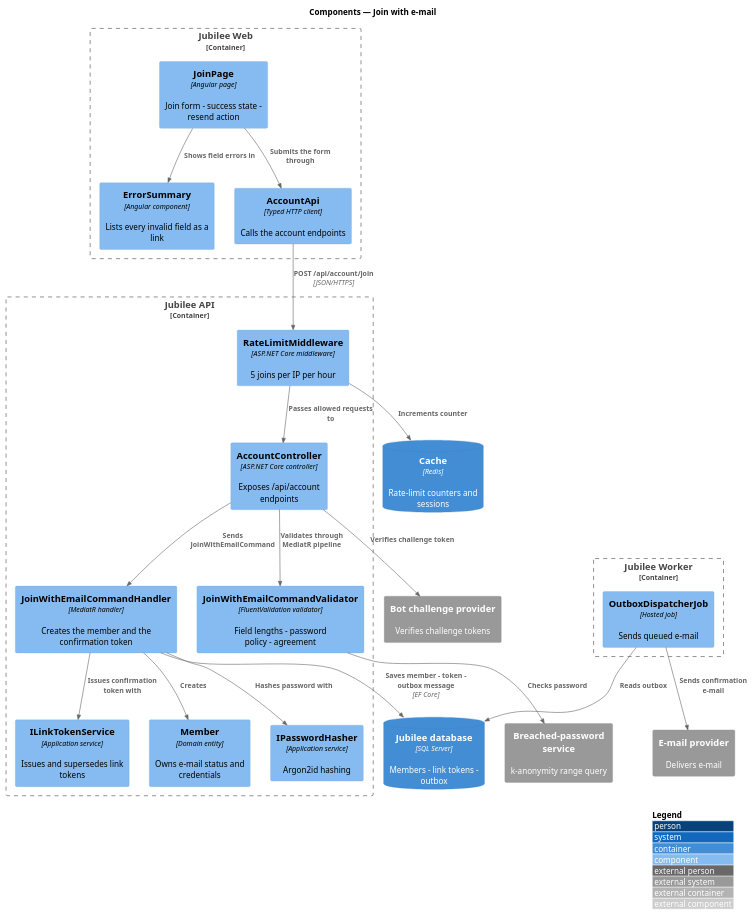
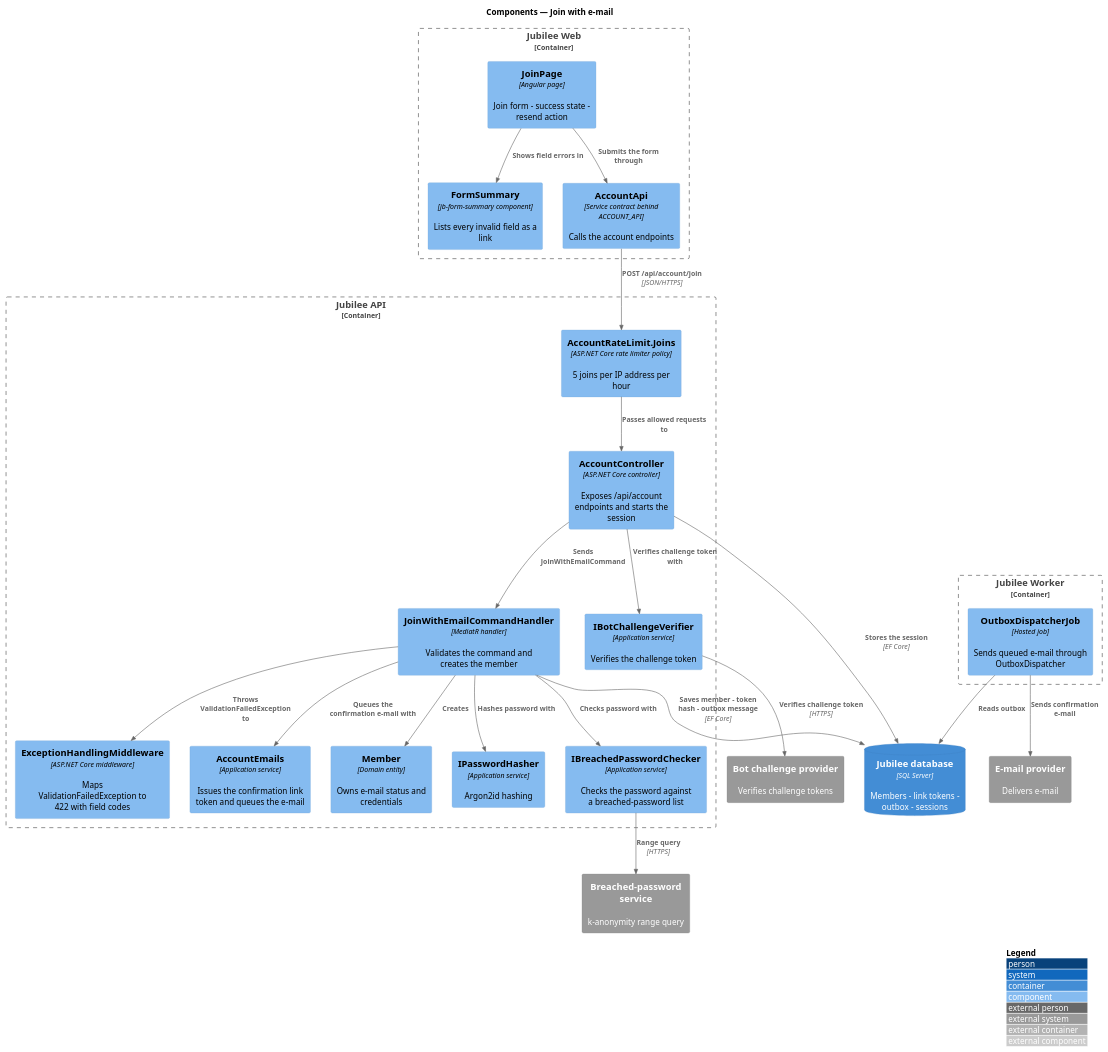
The diagram in docs/detailed-designs/accounts/join-with-email/diagrams/c4-component.puml (QuinntyneBrown/jubilee), drawn with PlantUML before and after one commit. The commit also changed 40 other files, not shown here.

First line of the commit message:
Bring the join, confirm e-mail and Google designs in line with the code

```diff
--- a/docs/detailed-designs/accounts/join-with-email/diagrams/c4-component.puml
+++ b/docs/detailed-designs/accounts/join-with-email/diagrams/c4-component.puml
@@ -1,44 +1,47 @@
 @startuml
 !include <C4/C4_Component>
 LAYOUT_WITH_LEGEND()
 title Components — Join with e-mail
 
 Container_Boundary(web, "Jubilee Web") {
   Component(page, "JoinPage", "Angular page", "Join form - success state - resend action")
-  Component(summary, "ErrorSummary", "Angular component", "Lists every invalid field as a link")
-  Component(client, "AccountApi", "Typed HTTP client", "Calls the account endpoints")
+  Component(summary, "FormSummary", "jb-form-summary component", "Lists every invalid field as a link")
+  Component(client, "AccountApi", "Service contract behind ACCOUNT_API", "Calls the account endpoints")
 }
 Container_Boundary(api, "Jubilee API") {
-  Component(limit, "RateLimitMiddleware", "ASP.NET Core middleware", "5 joins per IP per hour")
-  Component(ctrl, "AccountController", "ASP.NET Core controller", "Exposes /api/account endpoints")
-  Component(validator, "JoinWithEmailCommandValidator", "FluentValidation validator", "Field lengths - password policy - agreement")
-  Component(handler, "JoinWithEmailCommandHandler", "MediatR handler", "Creates the member and the confirmation token")
+  Component(limit, "AccountRateLimit.Joins", "ASP.NET Core rate limiter policy", "5 joins per IP address per hour")
+  Component(ctrl, "AccountController", "ASP.NET Core controller", "Exposes /api/account endpoints and starts the session")
+  Component(errors, "ExceptionHandlingMiddleware", "ASP.NET Core middleware", "Maps ValidationFailedException to 422 with field codes")
+  Component(botcheck, "IBotChallengeVerifier", "Application service", "Verifies the challenge token")
+  Component(handler, "JoinWithEmailCommandHandler", "MediatR handler", "Validates the command and creates the member")
+  Component(emails, "AccountEmails", "Application service", "Issues the confirmation link token and queues the e-mail")
   Component(member, "Member", "Domain entity", "Owns e-mail status and credentials")
   Component(hasher, "IPasswordHasher", "Application service", "Argon2id hashing")
-  Component(tokens, "ILinkTokenService", "Application service", "Issues and supersedes link tokens")
+  Component(breaches, "IBreachedPasswordChecker", "Application service", "Checks the password against a breached-password list")
 }
 Container_Boundary(worker, "Jubilee Worker") {
-  Component(job, "OutboxDispatcherJob", "Hosted job", "Sends queued e-mail")
+  Component(job, "OutboxDispatcherJob", "Hosted job", "Sends queued e-mail through OutboxDispatcher")
 }
-ContainerDb(db, "Jubilee database", "SQL Server", "Members - link tokens - outbox")
-ContainerDb(cache, "Cache", "Redis", "Rate-limit counters and sessions")
+ContainerDb(db, "Jubilee database", "SQL Server", "Members - link tokens - outbox - sessions")
 System_Ext(bot, "Bot challenge provider", "Verifies challenge tokens")
 System_Ext(breach, "Breached-password service", "k-anonymity range query")
 System_Ext(email, "E-mail provider", "Delivers e-mail")
 
 Rel(page, summary, "Shows field errors in")
 Rel(page, client, "Submits the form through")
 Rel(client, limit, "POST /api/account/join", "JSON/HTTPS")
-Rel(limit, cache, "Increments counter")
 Rel(limit, ctrl, "Passes allowed requests to")
-Rel(ctrl, validator, "Validates through MediatR pipeline")
+Rel(ctrl, botcheck, "Verifies challenge token with")
+Rel(botcheck, bot, "Verifies challenge token", "HTTPS")
 Rel(ctrl, handler, "Sends JoinWithEmailCommand")
-Rel(ctrl, bot, "Verifies challenge token")
-Rel(validator, breach, "Checks password")
+Rel(handler, errors, "Throws ValidationFailedException to")
+Rel(handler, breaches, "Checks password with")
+Rel(breaches, breach, "Range query", "HTTPS")
 Rel(handler, member, "Creates")
 Rel(handler, hasher, "Hashes password with")
-Rel(handler, tokens, "Issues confirmation token with")
-Rel(handler, db, "Saves member - token - outbox message", "EF Core")
+Rel(handler, emails, "Queues the confirmation e-mail with")
+Rel(handler, db, "Saves member - token hash - outbox message", "EF Core")
+Rel(ctrl, db, "Stores the session", "EF Core")
 Rel(job, db, "Reads outbox")
 Rel(job, email, "Sends confirmation e-mail")
 @enduml
```
